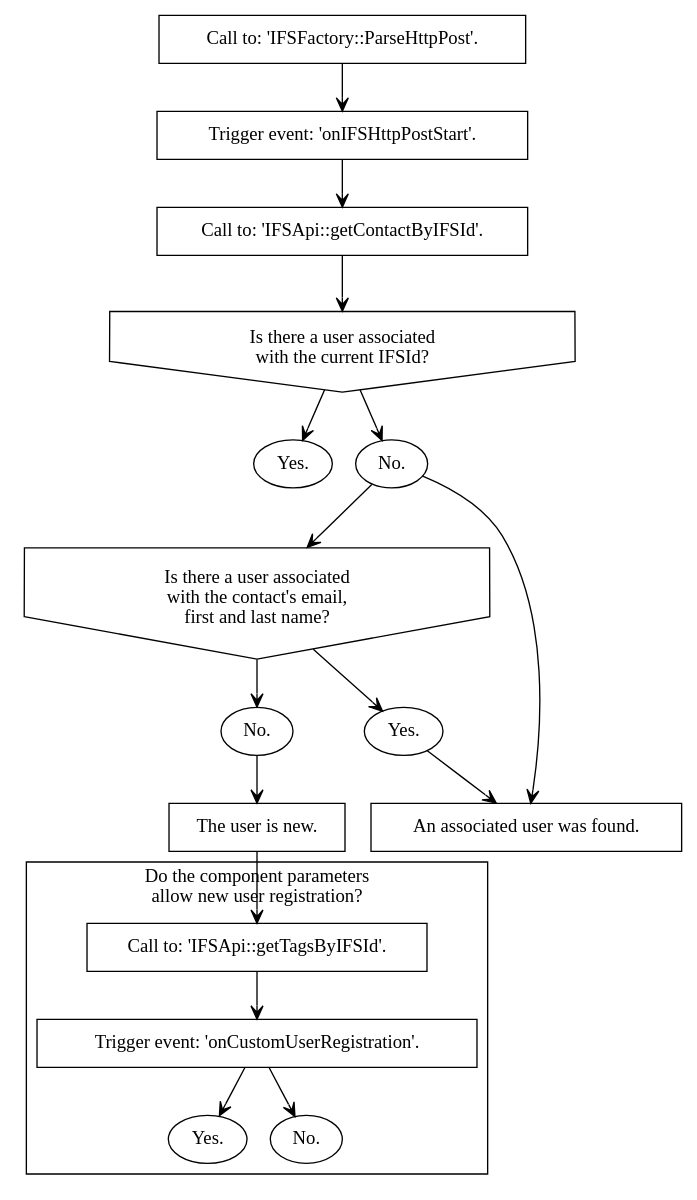
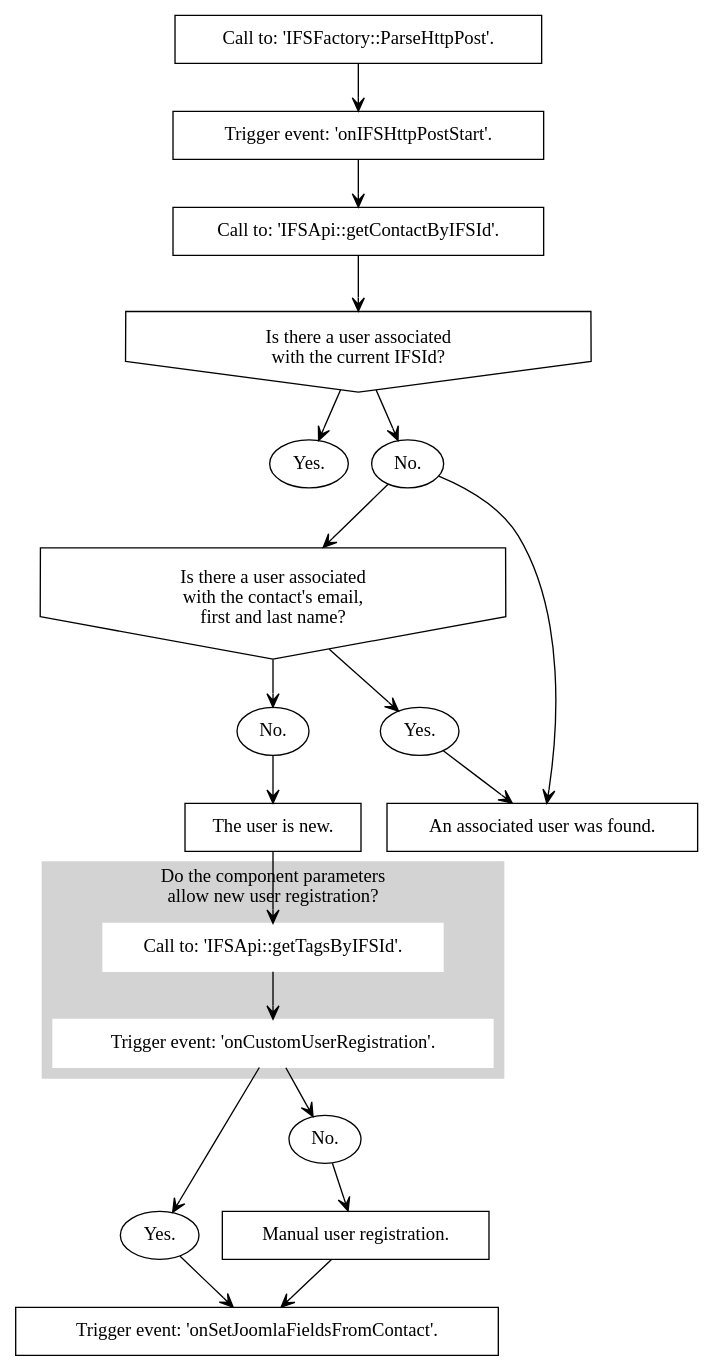
One commit to treste91/JoomFuse changed the diagram in docs/procedures/register_user.rst. Above: the diagram before and after it, drawn with Graphviz.

```diff
--- a/docs/procedures/register_user.rst
+++ b/docs/procedures/register_user.rst
@@ -4,41 +4,50 @@
 .. graphviz::
 
    digraph {
    
       1 [label="Call to: 'IFSFactory::ParseHttpPost'." shape=rectangle]
       2 [label="Trigger event: 'onIFSHttpPostStart'." shape=rectangle]
       3 [label="Call to: 'IFSApi::getContactByIFSId'." shape=rectangle]
       4 [label="Is there a user associated\n with the current IFSId?" shape=invhouse]
       5 [label="Yes." shape=oval]
       6 [label="No." shape=oval]
       7 [label="Is there a user associated\n with the contact's email,\n first and last name?" shape=invhouse]
       8 [label="Yes." shape=oval]
       9 [label="An associated user was found." shape=rectangle]
       10 [label="No." shape=oval]
       11 [label="The user is new." shape=rectangle]
       
       subgraph cluster_1 {
+         style=filled;
+         color=lightgrey;
+		   node [style=filled,color=white];
          label="Do the component parameters\n allow new user registration?"
          12 [label="Call to: 'IFSApi::getTagsByIFSId'." shape=rectangle]
          13 [label="Trigger event: 'onCustomUserRegistration'." shape=rectangle]
-         14 [label="Yes." shape=oval]
-         15 [label="No." shape=oval]
       }
+      
+      14 [label="Yes." shape=oval]
+      15 [label="No." shape=oval]
+      16 [label="Manual user registration." shape=rectangle]
+      17 [label="Trigger event: 'onSetJoomlaFieldsFromContact'." shape=rectangle]      
       
       
       1 -> 2 [arrowhead=vee arrowsize=1]
       2 -> 3 [arrowhead=vee arrowsize=1]
       3 -> 4 [arrowhead=vee arrowsize=1]
       4 -> 5 [arrowhead=vee arrowsize=1]
       4 -> 6 [arrowhead=vee arrowsize=1]
       6 -> 7 [arrowhead=vee arrowsize=1]
       7 -> 8 [arrowhead=vee arrowsize=1]
       8 -> 9 [arrowhead=vee arrowsize=1]
       6 -> 9 [arrowhead=vee arrowsize=1]
       7 -> 10 [arrowhead=vee arrowsize=1]
       10 -> 11 [arrowhead=vee arrowsize=1]
       11 -> 12 [arrowhead=vee arrowsize=1]
       12 -> 13 [arrowhead=vee arrowsize=1]
       13 -> 14 [arrowhead=vee arrowsize=1]
       13 -> 15 [arrowhead=vee arrowsize=1]
+      15 -> 16 [arrowhead=vee arrowsize=1]
+      16 -> 17 [arrowhead=vee arrowsize=1]
+      14 -> 17 [arrowhead=vee arrowsize=1]
    }
```
